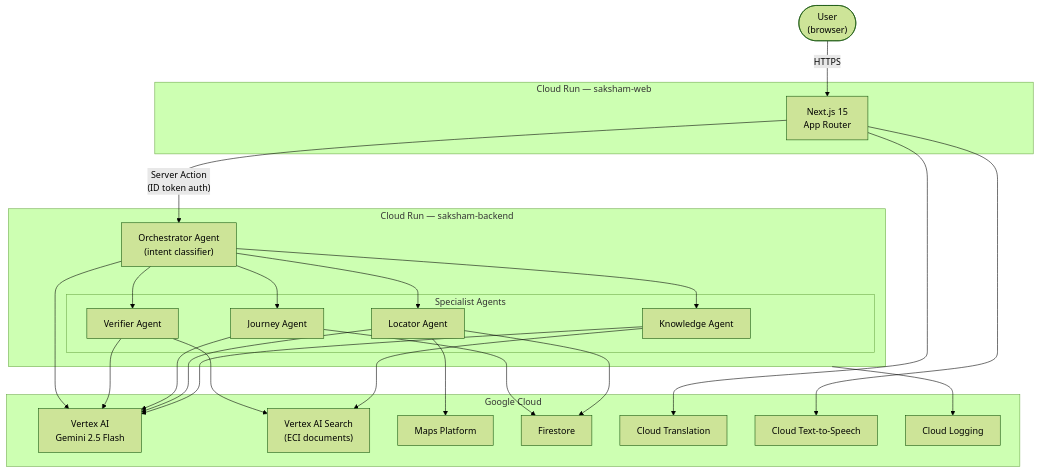
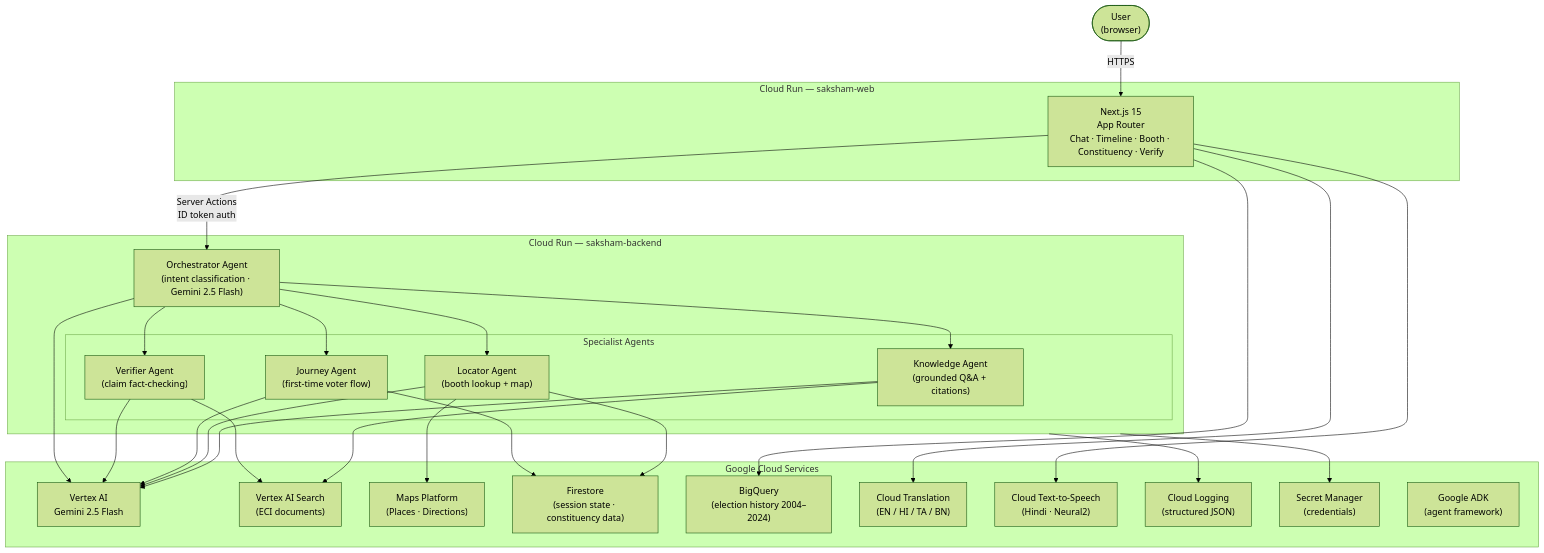
Before and after one commit to anmolgaur45/saksham-voter-companion: the diagram in docs/architecture.mmd, drawn with Mermaid (forest theme). The commit also changed 2 other files, not shown here.

Commit message:
architecture diagram, readme rewrite

```diff
--- a/docs/architecture.mmd
+++ b/docs/architecture.mmd
@@ -1,50 +1,55 @@
 flowchart TD
     User(["User\n(browser)"])
 
     subgraph CR_Web["Cloud Run — saksham-web"]
-        Next["Next.js 15\nApp Router"]
+        Next["Next.js 15\nApp Router\nChat · Timeline · Booth · Constituency · Verify"]
     end
 
     subgraph CR_Back["Cloud Run — saksham-backend"]
-        Orch["Orchestrator Agent\n(intent classifier)"]
+        Orch["Orchestrator Agent\n(intent classification · Gemini 2.5 Flash)"]
 
         subgraph Agents["Specialist Agents"]
-            KA["Knowledge Agent"]
-            LA["Locator Agent"]
-            JA["Journey Agent"]
-            VA["Verifier Agent"]
+            KA["Knowledge Agent\n(grounded Q&A + citations)"]
+            LA["Locator Agent\n(booth lookup + map)"]
+            JA["Journey Agent\n(first-time voter flow)"]
+            VA["Verifier Agent\n(claim fact-checking)"]
         end
 
         Orch --> KA
         Orch --> LA
         Orch --> JA
         Orch --> VA
     end
 
-    subgraph GCP["Google Cloud"]
+    subgraph GCP["Google Cloud Services"]
         VAI["Vertex AI\nGemini 2.5 Flash"]
         VAS["Vertex AI Search\n(ECI documents)"]
-        Maps["Maps Platform"]
-        FS["Firestore"]
-        TR["Cloud Translation"]
-        TTS["Cloud Text-to-Speech"]
-        LOG["Cloud Logging"]
+        Maps["Maps Platform\n(Places · Directions)"]
+        FS["Firestore\n(session state · constituency data)"]
+        BQ["BigQuery\n(election history 2004–2024)"]
+        TR["Cloud Translation\n(EN / HI / TA / BN)"]
+        TTS["Cloud Text-to-Speech\n(Hindi · Neural2)"]
+        LOG["Cloud Logging\n(structured JSON)"]
+        SM["Secret Manager\n(credentials)"]
+        ADK["Google ADK\n(agent framework)"]
     end
 
     User -->|"HTTPS"| Next
-    Next -->|"Server Action\n(ID token auth)"| Orch
+    Next -->|"Server Actions\nID token auth"| Orch
 
     KA --> VAI
     KA --> VAS
     LA --> VAI
     LA --> Maps
     LA --> FS
     JA --> VAI
     JA --> FS
     VA --> VAI
     VA --> VAS
     Orch --> VAI
 
     Next --> TR
     Next --> TTS
+    Next --> BQ
     CR_Back --> LOG
+    CR_Back --> SM
```
